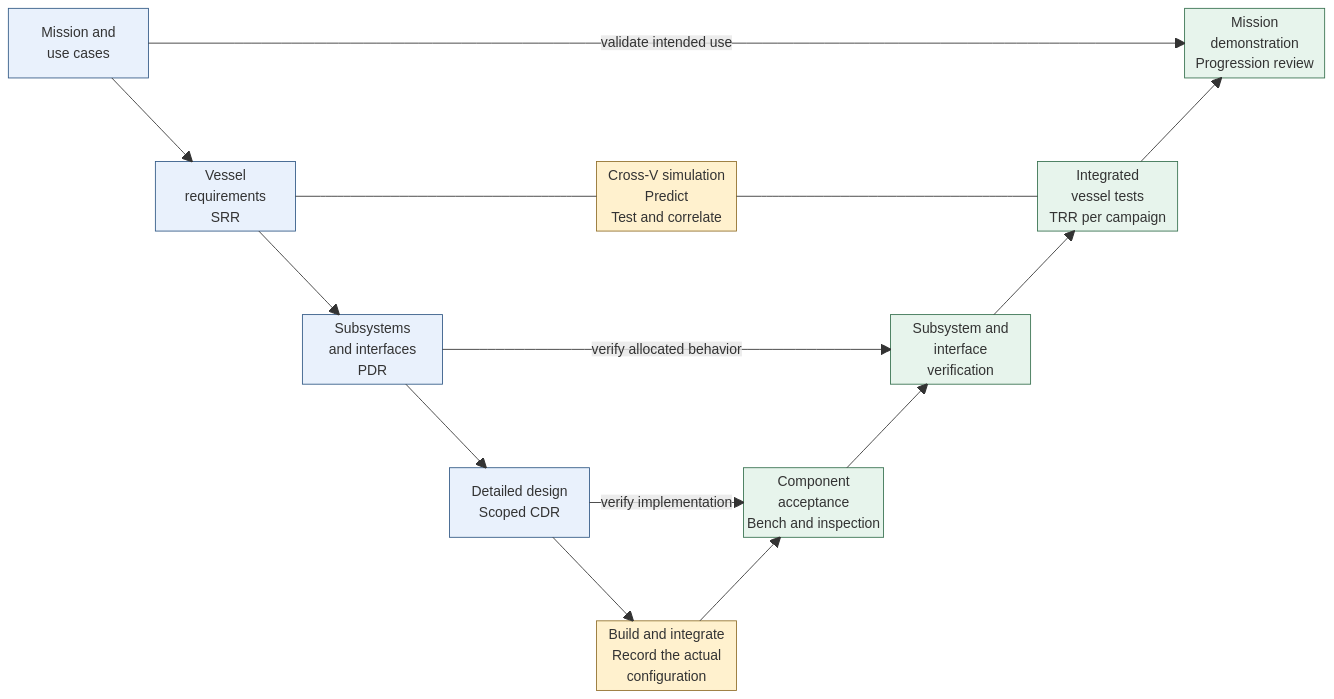
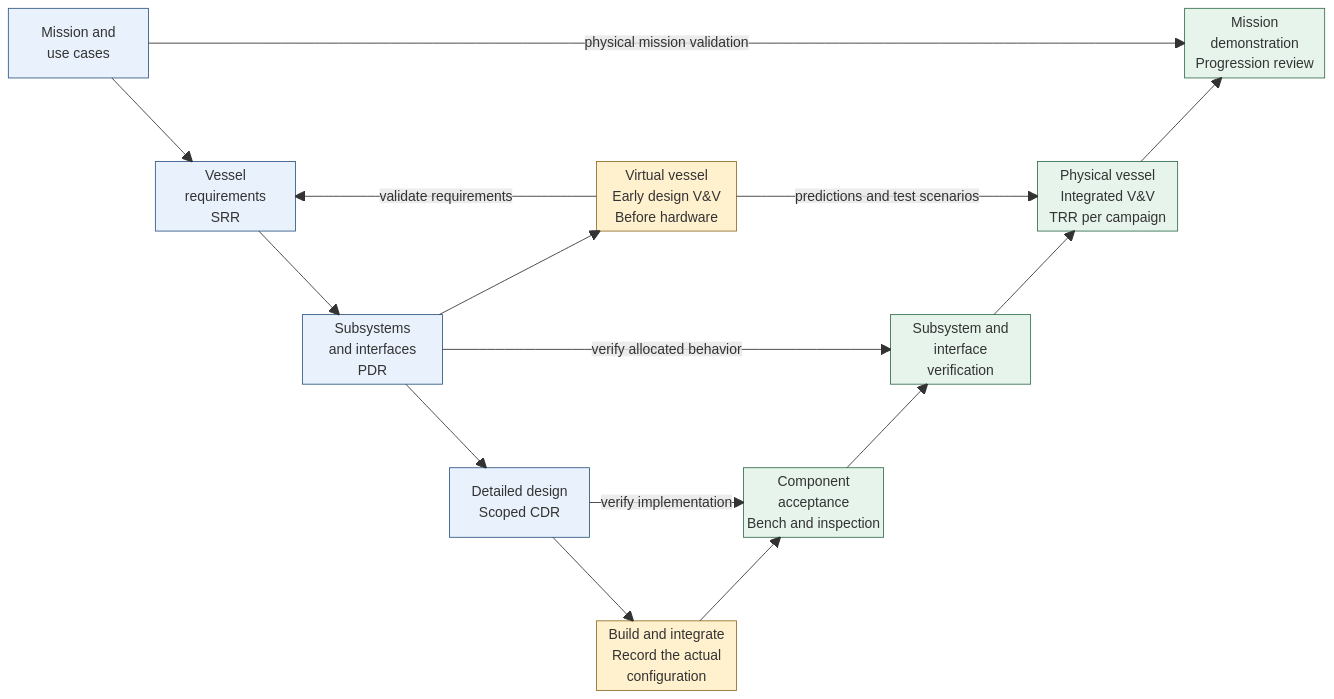
The second of 3 diagrams in docs/development-plan.md (DavidIngraham/sv-blue-dog), drawn with Mermaid before and after one commit. The commit also changed other lines of this file, not shown here.

Commit message:
Separate early virtual V&V from physical validation and model credibility

````diff
--- a/docs/development-plan.md
+++ b/docs/development-plan.md
@@ -29,32 +29,33 @@
 ```mermaid
 block-beta
     columns 9
     mission["Mission and<br/>use cases"] space:7 demonstration["Mission<br/>demonstration<br/>Progression review"]
     space:9
-    space requirements["Vessel<br/>requirements<br/>SRR"] space:2 simulation["Cross-V simulation<br/>Predict<br/>Test and correlate"] space:2 integrated["Integrated<br/>vessel tests<br/>TRR per campaign"] space
+    space requirements["Vessel<br/>requirements<br/>SRR"] space:2 simulation["Virtual vessel<br/>Early design V&V<br/>Before hardware"] space:2 integrated["Physical vessel<br/>Integrated V&V<br/>TRR per campaign"] space
     space:9
     space:2 architecture["Subsystems<br/>and interfaces<br/>PDR"] space:3 subsystem["Subsystem and<br/>interface<br/>verification"] space:2
     space:9
     space:3 detail["Detailed design<br/>Scoped CDR"] space component["Component<br/>acceptance<br/>Bench and inspection"] space:3
     space:9
     space:4 build["Build and integrate<br/>Record the actual<br/>configuration"] space:4
     mission --> requirements
     requirements --> architecture
     architecture --> detail
     detail --> build
     build --> component
     component --> subsystem
     subsystem --> integrated
     integrated --> demonstration
-    mission -- "validate intended use" --> demonstration
-    requirements --- simulation
-    simulation --- integrated
+    mission -- "physical mission validation" --> demonstration
+    simulation -- "validate requirements" --> requirements
+    architecture --> simulation
+    simulation -- "predictions and test scenarios" --> integrated
     architecture -- "verify allocated behavior" --> subsystem
     detail -- "verify implementation" --> component
     classDef intent fill:#e9f1fc,stroke:#345b87,color:#183047
     classDef evidence fill:#e7f4ec,stroke:#397251,color:#183047
     classDef learning fill:#fff1ce,stroke:#92712d,color:#183047
     class mission,requirements,architecture,detail intent
     class component,subsystem,integrated,demonstration evidence
     class simulation,build learning
 ```
````
